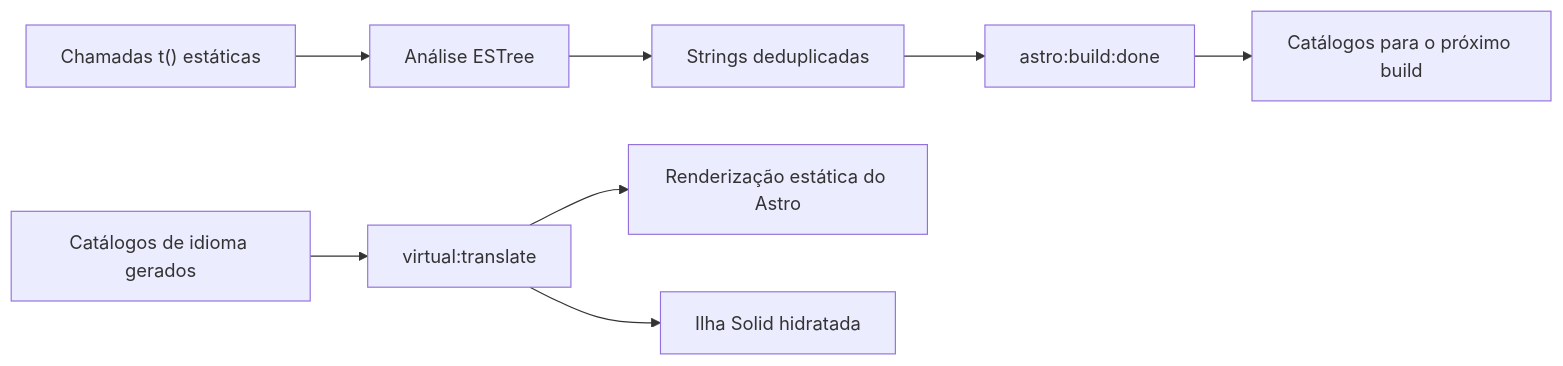
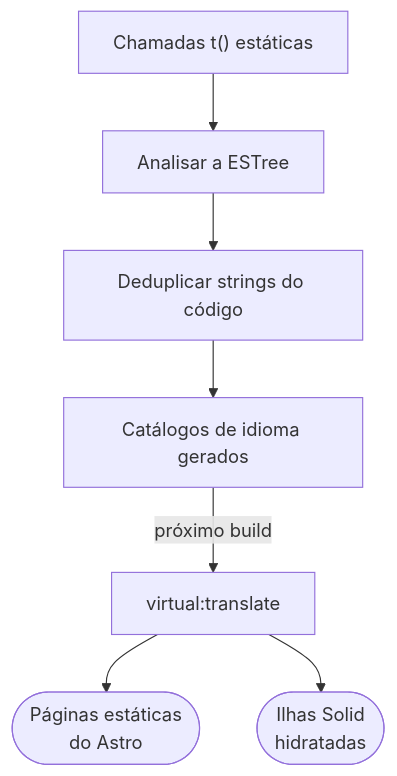
One commit to ErickCReis/ErickCReis changed the diagram in web/content/blog/a-small-custom-i18n-runtime-for-astro.pt-BR.mdx. Above: the diagram before and after it, drawn with Mermaid. The commit also changed 23 other files, not shown here.

Commit message:
Polish Mermaid diagrams across blog posts

````diff
--- a/web/content/blog/a-small-custom-i18n-runtime-for-astro.pt-BR.mdx
+++ b/web/content/blog/a-small-custom-i18n-runtime-for-astro.pt-BR.mdx
@@ -12,10 +12,9 @@
 ```mermaid center
-flowchart LR
-  Source["Chamadas t() estáticas"] --> AST["Análise ESTree"]
-  AST --> Collector["Strings deduplicadas"]
-  Catalogs["Catálogos de idioma gerados"] --> Virtual["virtual:translate"]
-  Virtual --> SSR["Renderização estática do Astro"]
-  Virtual --> Client["Ilha Solid hidratada"]
-  Collector --> Done["astro:build:done"]
-  Done --> Next["Catálogos para o próximo build"]
+flowchart TB
+  Source["Chamadas t() estáticas"] --> AST["Analisar a ESTree"]
+  AST --> Collector["Deduplicar strings do código"]
+  Collector --> Catalogs["Catálogos de idioma gerados"]
+  Catalogs -->|"próximo build"| Virtual["virtual:translate"]
+  Virtual --> SSR(["Páginas estáticas<br/>do Astro"])
+  Virtual --> Client(["Ilhas Solid<br/>hidratadas"])
 ```
````
